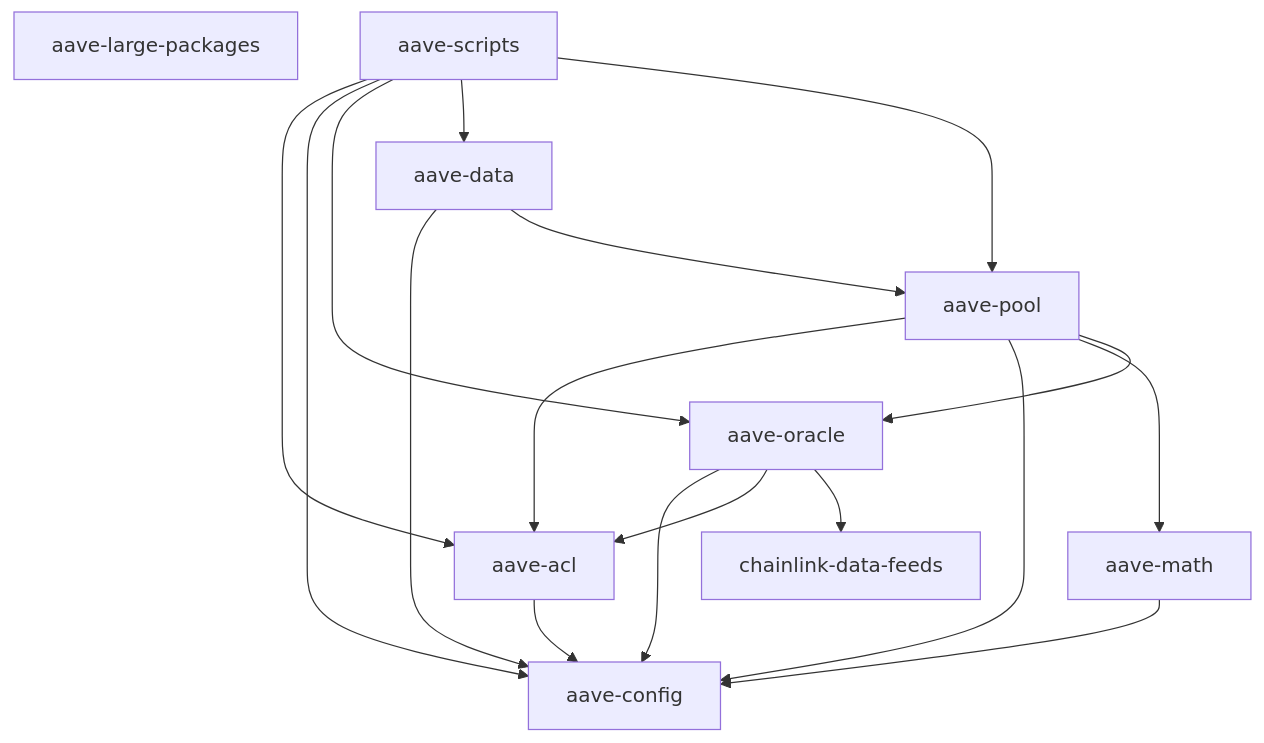
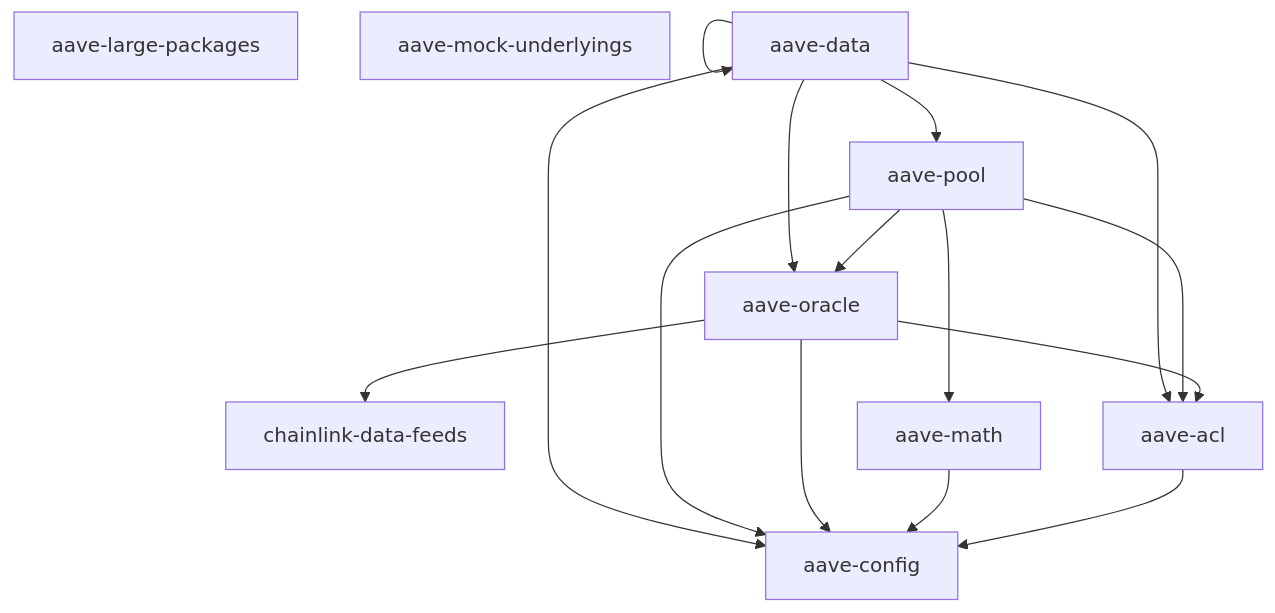
The diagram in README.md (Khar0maXX/aptos-aave-v3), drawn with Mermaid before and after one commit. The commit also changed other lines of this file and 186 other files, not shown here.

````diff
--- a/README.md
+++ b/README.md
@@ -47,34 +46,31 @@
 ```mermaid
 flowchart TD
 
   %% Level 1
   aave-config
   chainlink-data-feeds
   aave-large-packages
+  aave-mock-underlyings
 
   %% Level 2
   aave-acl --> aave-config
   aave-math --> aave-config
 
   %% Level 3
   aave-oracle --> aave-config
   aave-oracle --> aave-acl
   aave-oracle --> chainlink-data-feeds
 
   %% Level 4
   aave-pool --> aave-acl
   aave-pool --> aave-config
   aave-pool --> aave-math
   aave-pool --> aave-oracle
 
   %% Level 5
+  aave-data --> aave-acl
   aave-data --> aave-config
+  aave-data --> aave-oracle
+  aave-data --> aave-data
   aave-data --> aave-pool
-
-  %% Level 6
-  aave-scripts --> aave-acl
-  aave-scripts --> aave-config
-  aave-scripts --> aave-oracle
-  aave-scripts --> aave-data
-  aave-scripts --> aave-pool
 ```
````
